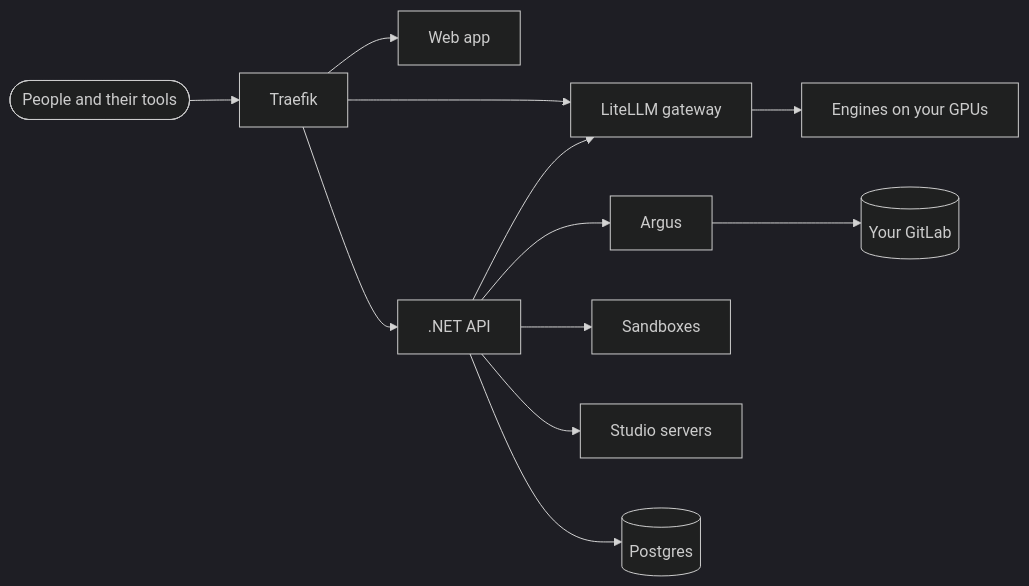
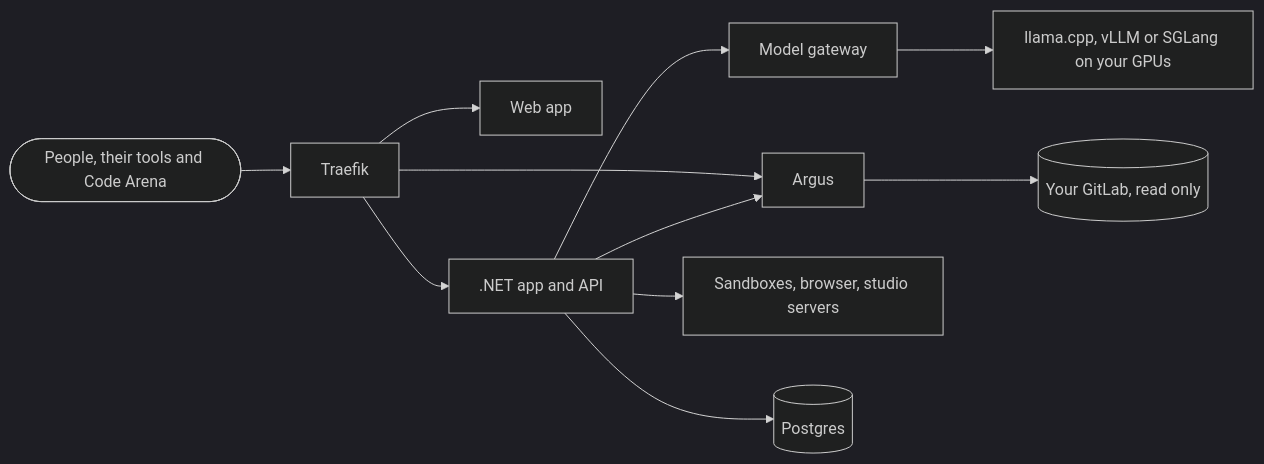
The diagram in README.md (Binchitects/argus), drawn with Mermaid (dark theme) before and after one commit. The commit also changed other lines of this file and 3 other files, not shown here.

````diff
--- a/README.md
+++ b/README.md
@@ -227,8 +209,8 @@
 ```mermaid
 flowchart LR
-  people([People and their tools]) --> traefik[Traefik]
-  traefik --> web[Web app] & api[.NET API] & gateway[LiteLLM gateway]
-  api --> gateway --> engine[Engines on your GPUs]
-  api --> argus[Argus] --> gitlab[(Your GitLab)]
-  api --> sandbox[Sandboxes] & studio[Studio servers] & pg[(Postgres)]
+  people([People, their tools and Code Arena]) --> traefik[Traefik]
+  traefik --> web[Web app] & app[.NET app and API] & argus[Argus]
+  app --> gateway[Model gateway] --> engines[llama.cpp, vLLM or SGLang on your GPUs]
+  app --> argus --> gitlab[(Your GitLab, read only)]
+  app --> tools[Sandboxes, browser, studio servers] & pg[(Postgres)]
 ```
````
